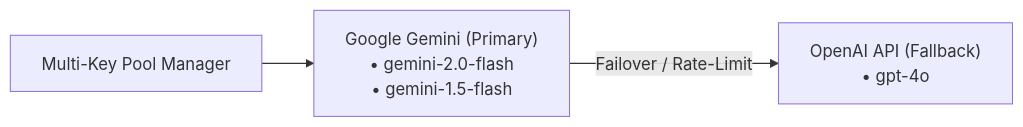
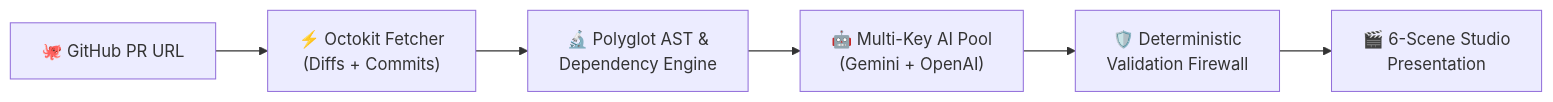
The diagram in README.md (irajatsharma-10/pullmotion), drawn with Mermaid before and after one commit. The commit also changed other lines of this file, not shown here.

````diff
--- a/README.md
+++ b/README.md
@@ -332,5 +56,8 @@
 ```mermaid
 flowchart LR
-    Manager["Multi-Key Pool Manager"] --> Primary["Google Gemini (Primary)\n• gemini-2.0-flash\n• gemini-1.5-flash"]
-    Primary -- Failover / Rate-Limit --> Fallback["OpenAI API (Fallback)\n• gpt-4o"]
+    A["🐙 GitHub PR URL"] --> B["⚡ Octokit Fetcher\n(Diffs + Commits)"]
+    B --> C["🔬 Polyglot AST &\nDependency Engine"]
+    C --> D["🤖 Multi-Key AI Pool\n(Gemini + OpenAI)"]
+    D --> E["🛡️ Deterministic\nValidation Firewall"]
+    E --> F["🎬 6-Scene Studio\nPresentation"]
 ```
````
